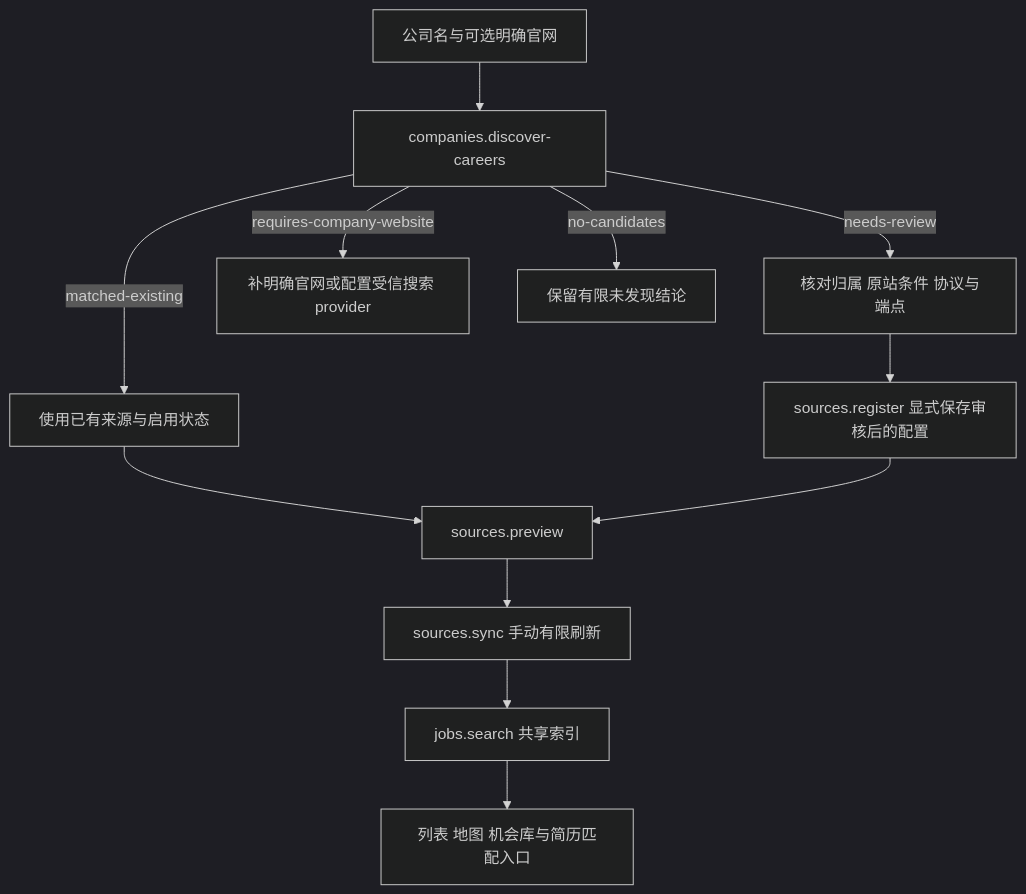
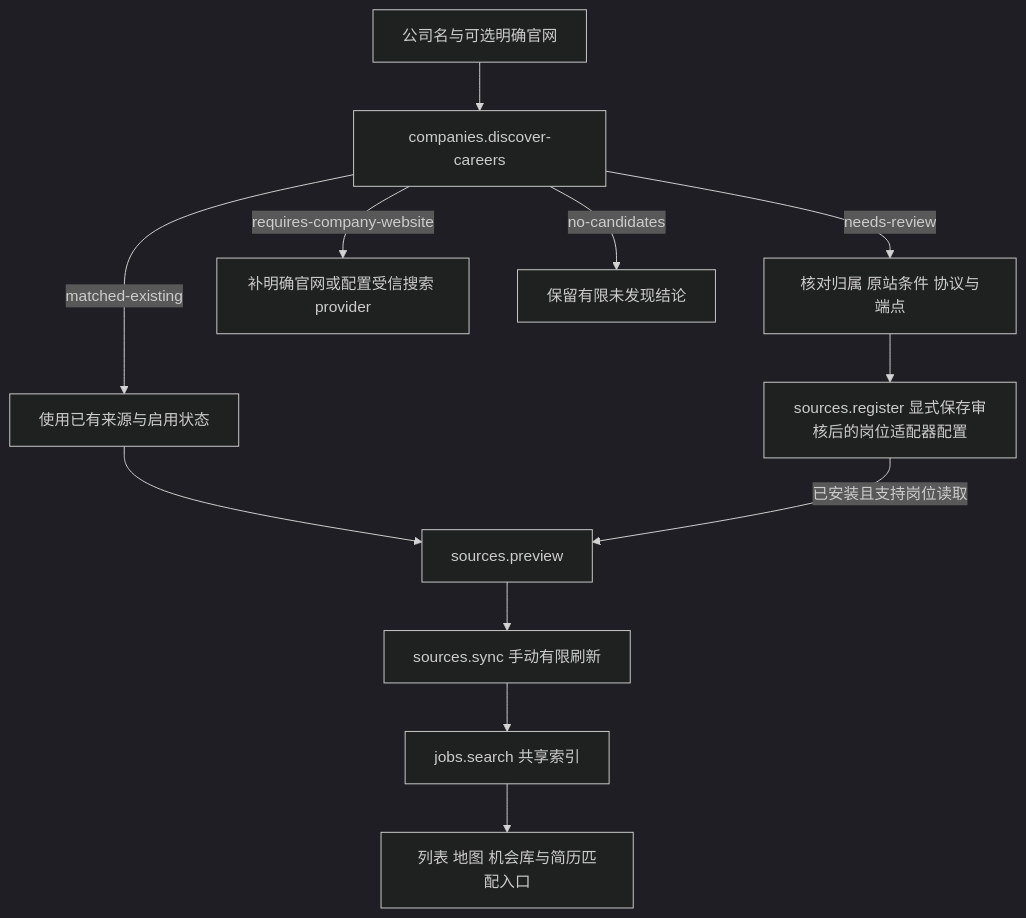
One commit to nanfengovo/better-me changed the diagram in docs/planning/company-career-search-tools-2026-10-18.md. Above: the diagram before and after it, drawn with Mermaid (dark theme). The commit also changed other lines of this file and 8 other files, not shown here.

````diff
--- a/docs/planning/company-career-search-tools-2026-10-18.md
+++ b/docs/planning/company-career-search-tools-2026-10-18.md
@@ -149,14 +150,14 @@
 ```mermaid
 flowchart TD
   C[公司名与可选明确官网] --> D[companies.discover-careers]
   D -->|matched-existing| E[使用已有来源与启用状态]
   D -->|needs-review| R[核对归属 原站条件 协议与端点]
   D -->|requires-company-website| W[补明确官网或配置受信搜索 provider]
   D -->|no-candidates| N[保留有限未发现结论]
-  R --> G[sources.register 显式保存审核后的配置]
+  R --> G[sources.register 显式保存审核后的岗位适配器配置]
   E --> P[sources.preview]
-  G --> P
+  G -->|已安装且支持岗位读取| P
   P --> S[sources.sync 手动有限刷新]
   S --> Q[jobs.search 共享索引]
   Q --> V[列表 地图 机会库与简历匹配入口]
 ```
````
